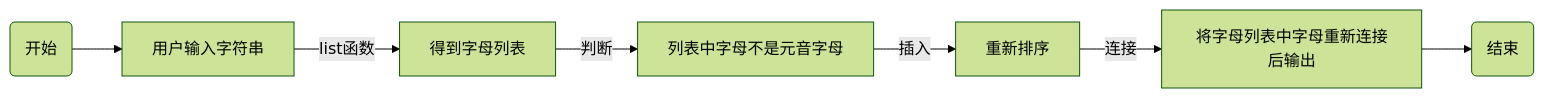
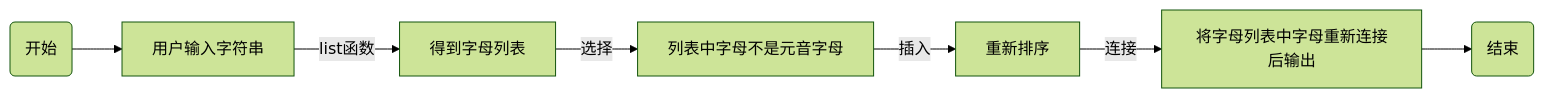
One commit to ijefie/gittt changed the diagram in experiment3.md. Above: the diagram before and after it, drawn with Mermaid (forest theme).

Commit message:
改

````diff
--- a/experiment3.md
+++ b/experiment3.md
@@ -132,9 +132,9 @@
 ```mermaid
 flowchart  LR
 Start(开始) --> Scanf[用户输入字符串]
     Scanf --> |list函数|zhu[得到字母列表]
-zhu --> |判断|if[列表中字母不是元音字母]
+zhu --> |选择|if[列表中字母不是元音字母]
 if --> |插入|ji[重新排序]
     ji --> |连接|ou[将字母列表中字母重新连接后输出]
     ou --> End(结束)
 ```
````
